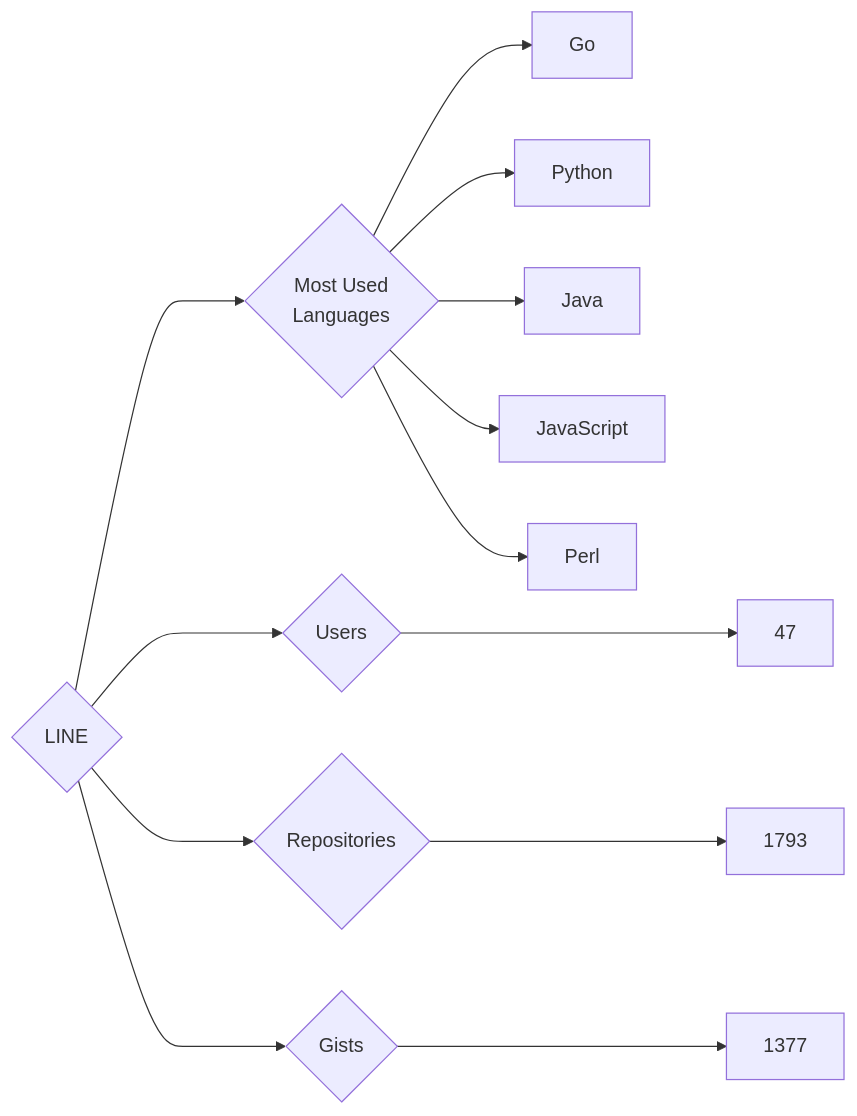
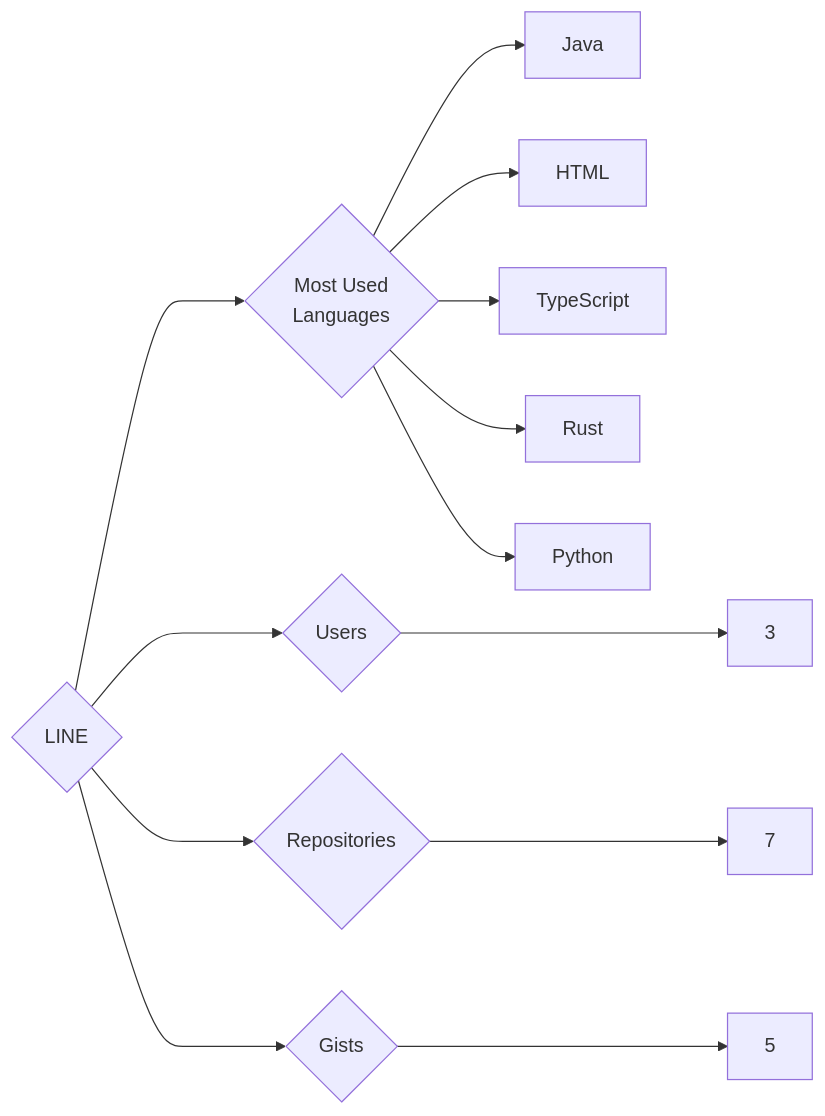
Before and after one commit to trickest/insiders: the diagram in targets/LINE/README.md, drawn with Mermaid. The commit also changed 1496 other files, not shown here.

````diff
--- a/targets/LINE/README.md
+++ b/targets/LINE/README.md
@@ -3,13 +3,13 @@
 ```mermaid
 graph LR
 COMPANY_NAME{LINE}
-COMPANY_NAME ---> U{Users} ---> UN[47]
-COMPANY_NAME ---> R{Repositories} ---> RN[1793]
-COMPANY_NAME ---> G{Gists} ---> GN[1377]
+COMPANY_NAME ---> U{Users} ---> UN[3]
+COMPANY_NAME ---> R{Repositories} ---> RN[7]
+COMPANY_NAME ---> G{Gists} ---> GN[5]
 COMPANY_NAME ---> ML{Most Used<br>Languages}
-ML --> Go[Go]
+ML --> Java[Java]
+ML --> HTML[HTML]
+ML --> TypeScript[TypeScript]
+ML --> Rust[Rust]
 ML --> Python[Python]
-ML --> Java[Java]
-ML --> JavaScript[JavaScript]
-ML --> Perl[Perl]
 ```
````
